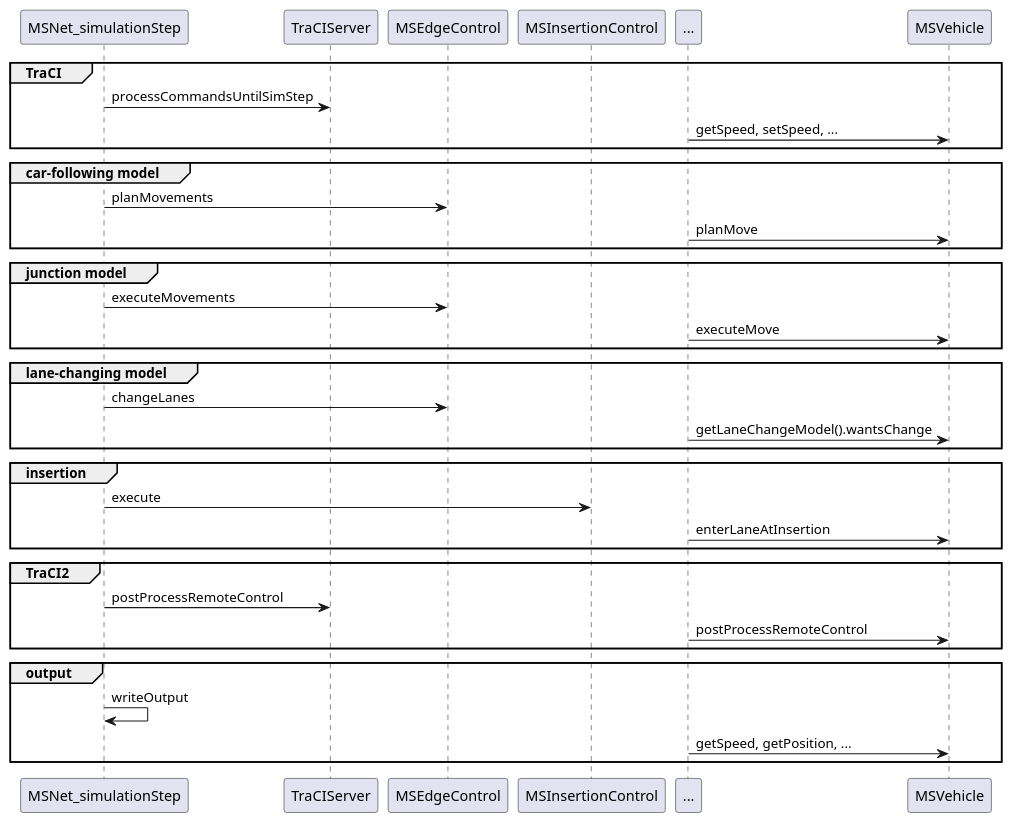
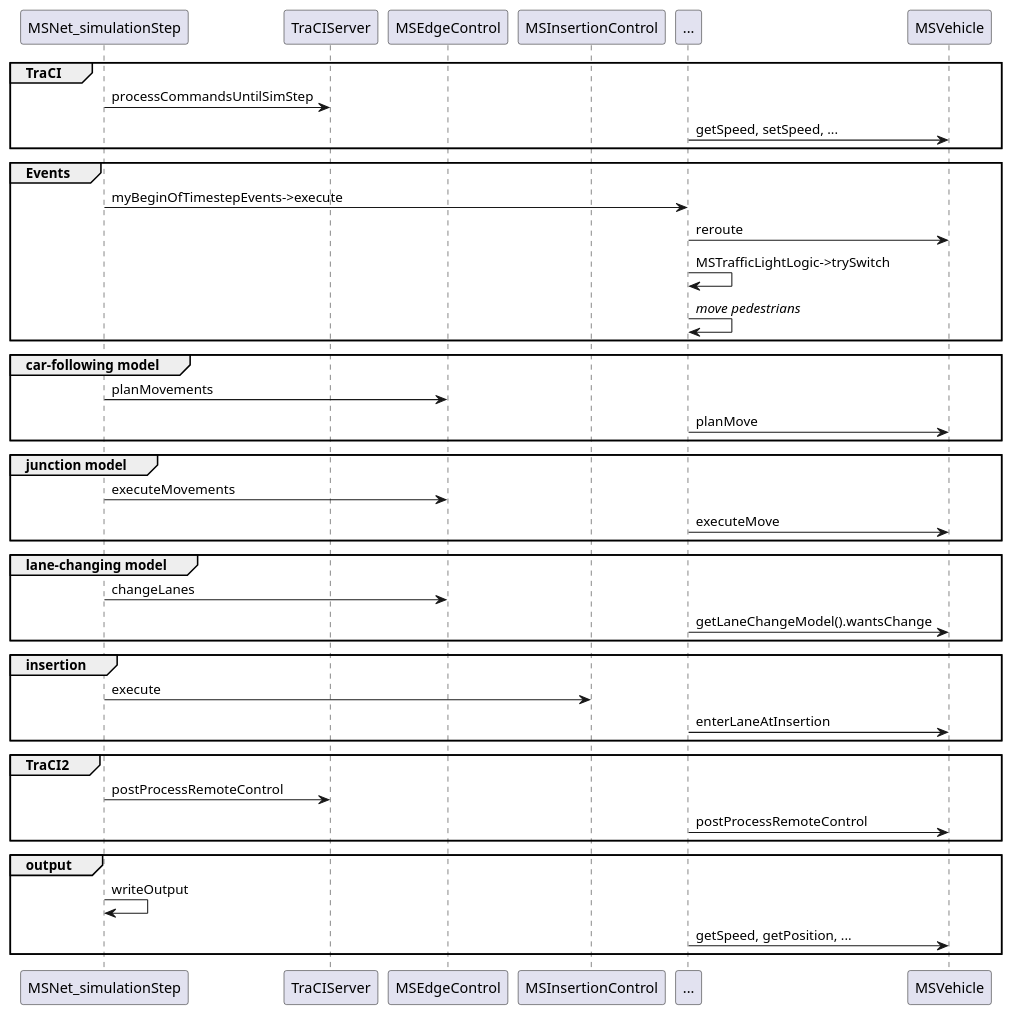
Before and after one commit to eclipse-sumo/sumo: the first of 2 diagrams in docs/web/docs/Developer/Implementation_Notes/Simulation_Loop.md, drawn with PlantUML. The commit also changed other lines of this file and 17607 other files, not shown here.

````diff
--- a/docs/web/docs/Developer/Implementation_Notes/Simulation_Loop.md
+++ b/docs/web/docs/Developer/Implementation_Notes/Simulation_Loop.md
@@ -11,47 +11,54 @@
 ```plantuml
 @startuml
 participant MSNet_simulationStep as simstep
 participant TraCIServer
 participant MSEdgeControl
 participant MSInsertionControl
 participant MSInsertionControl
 participant ...
 participant MSVehicle
 
 group TraCI
 simstep -> TraCIServer : processCommandsUntilSimStep
 ... -> MSVehicle : getSpeed, setSpeed, ...
+end
+
+group Events
+simstep -> ... : myBeginOfTimestepEvents->execute
+... -> MSVehicle : reroute
+... -> ... : MSTrafficLightLogic->trySwitch
+... -> ... : //move pedestrians//
 end
 
 group car-following model
 simstep -> MSEdgeControl : planMovements
 ... -> MSVehicle : planMove
 end
 
 group junction model
 simstep -> MSEdgeControl : executeMovements
 ... -> MSVehicle : executeMove
 end
 
 group lane-changing model
 simstep -> MSEdgeControl : changeLanes
 ... -> MSVehicle : getLaneChangeModel().wantsChange
 end
 
 group insertion
 simstep -> MSInsertionControl : execute
 ... -> MSVehicle : enterLaneAtInsertion
 end
 
 group TraCI2
 simstep -> TraCIServer : postProcessRemoteControl
 ... -> MSVehicle : postProcessRemoteControl
 end
 
 group output
 simstep -> simstep : writeOutput
 ... -> MSVehicle : getSpeed, getPosition, ...
 end
 
 @enduml
 ```
````
